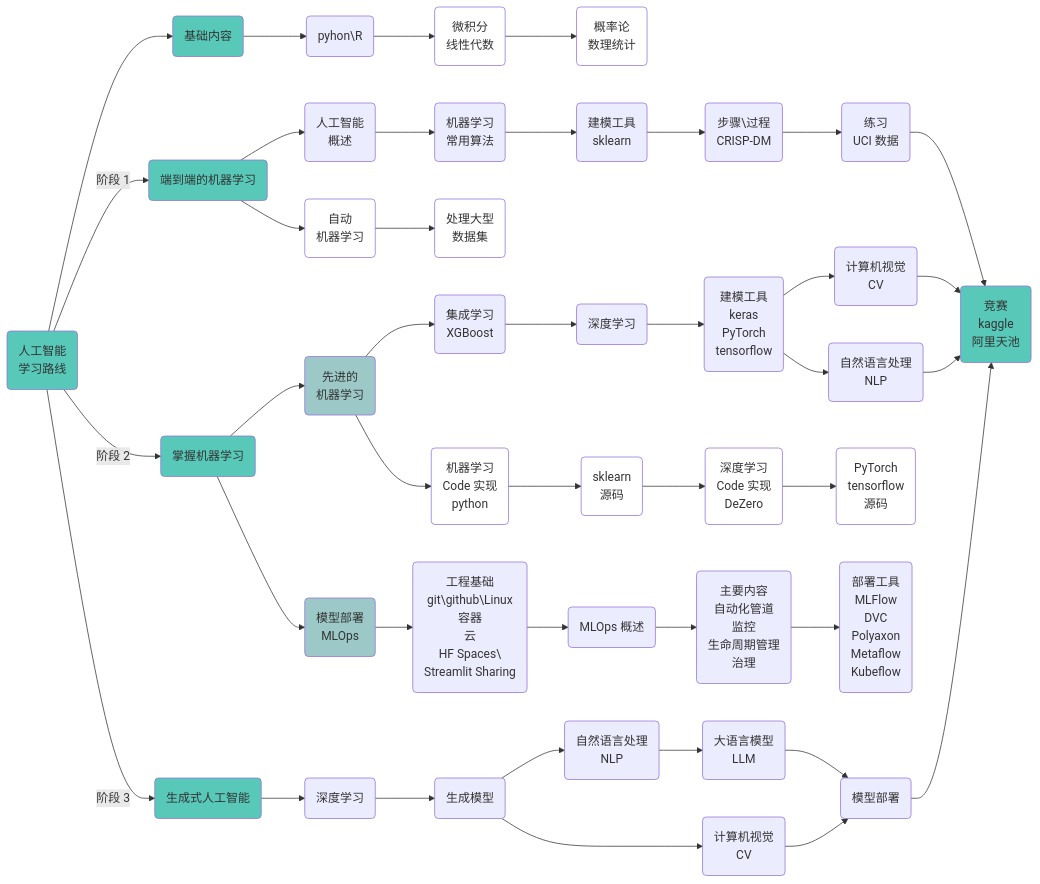
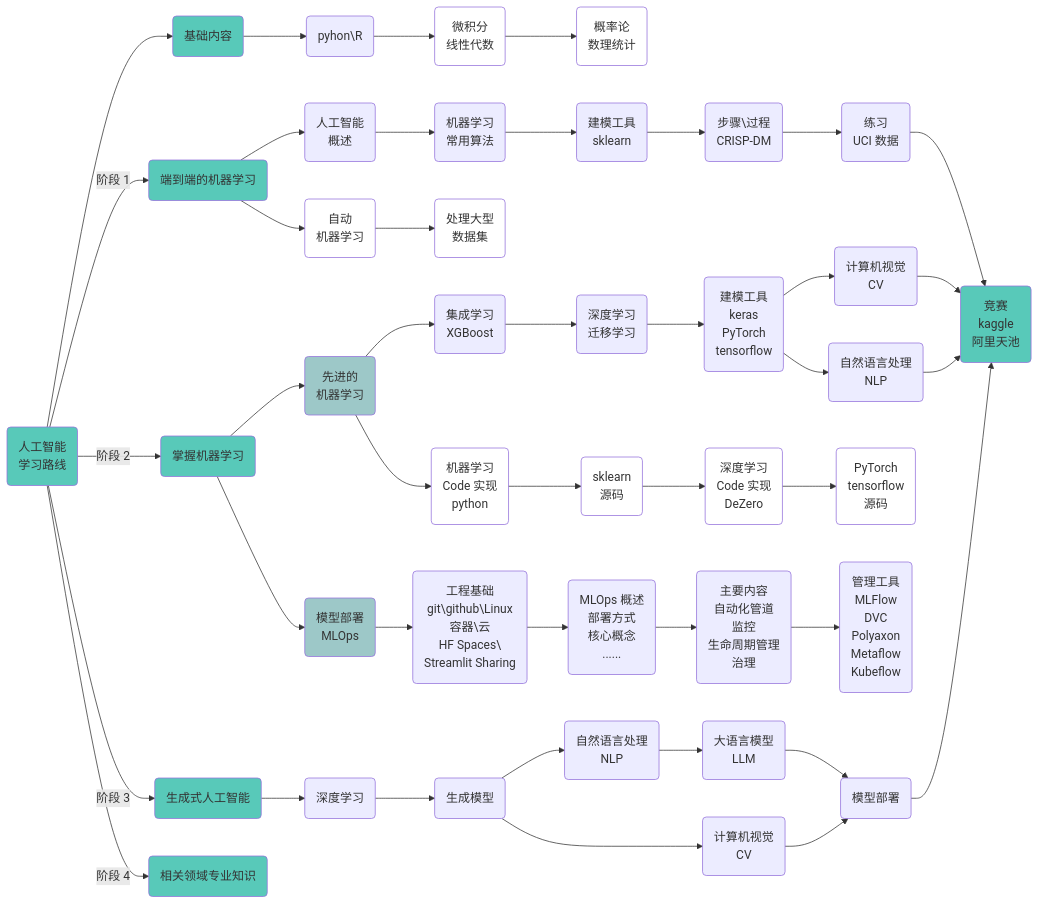
Before and after one commit to wenwangjain/wenwangjain.github.io: the first of 2 diagrams in content/docs/ai/_index.zh-cn.md, drawn with Mermaid. The commit also changed other lines of this file, not shown here.

````diff
--- a/content/docs/ai/_index.zh-cn.md
+++ b/content/docs/ai/_index.zh-cn.md
@@ -13,39 +13,40 @@
 ```mermaid
 flowchart LR
     A(人工智能<br>学习路线):::someclassA --> B(基础内容):::someclassA 
         classDef someclassA fill:#58C9B9
         classDef someclassB fill:#9DC8C8
         classDef someclassC fill:#f100
         classDef someclassD fill:#a3c9c7
     A -- 阶段 1 --> C(端到端的机器学习):::someclassA
     A -- 阶段 2 --> D(掌握机器学习):::someclassA
     A -- 阶段 3 --> E(生成式人工智能):::someclassA
+    A -- 阶段 4 --> F(相关领域专业知识):::someclassA
 
     B --> B1(pyhon\R) --> B2(微积分<br>线性代数):::someclassC --> B3(概率论<br>数理统计):::someclassC 
 
     C --> C1(人工智能<br>概述) --> C2(机器学习<br>常用算法) --> C3(建模工具<br>sklearn) --> C4(步骤\过程<br>CRISP-DM) --> C5(练习<br>UCI 数据) 
           C5 --> Z
     C --> C11(自动<br>机器学习):::someclassC  --> C12(处理大型<br>数据集):::someclassC
 
     D --> D1(先进的<br>机器学习):::someclassB
-          D1 --> D11(集成学习<br>XGBoost) --> D111(深度学习) --> D112(建模工具<br>keras<br>PyTorch<br>tensorflow)
+          D1 --> D11(集成学习<br>XGBoost) --> D111(深度学习<br>迁移学习) --> D112(建模工具<br>keras<br>PyTorch<br>tensorflow)
                  D112 --> D1121(计算机视觉<br>CV)
                  D112 --> D1122(自然语言处理<br>NLP)
                  D1121 --> Z
                  D1122 --> Z
           D1 --> D12(机器学习<br>Code 实现<br>python):::someclassC --> D121(sklearn<br>源码):::someclassC --> D122(深度学习<br>Code 实现<br>DeZero):::someclassC --> D123(PyTorch<br>tensorflow<br>源码):::someclassC
 
     D --> D2(模型部署<br>MLOps):::someclassB
-          D2 --> D211(工程基础<br>git\github\Linux<br>容器<br>云<br>HF Spaces\<br>Streamlit Sharing) --> D212(MLOps 概述) --> D213(主要内容<br>自动化管道<br>监控<br>生命周期管理<br>治理) --> D214(部署工具<br>MLFlow<br>DVC<br>Polyaxon<br>Metaflow<br>Kubeflow) 
+          D2 --> D211(工程基础<br>git\github\Linux<br>容器\云<br>HF Spaces\<br>Streamlit Sharing) --> D212(MLOps 概述<br>部署方式<br>核心概念<br>......) --> D213(主要内容<br>自动化管道<br>监控<br>生命周期管理<br>治理) --> D214(管理工具<br>MLFlow<br>DVC<br>Polyaxon<br>Metaflow<br>Kubeflow) 
 
     E --> E10(深度学习) --> E1(生成模型)
           E1 --> E11(自然语言处理<br>NLP) --> E111(大语言模型<br>LLM)
                  E111 --> E2
           E1 --> E12(计算机视觉<br>CV)
                  E12 --> E2
          
           E2(模型部署) --> Z
-
+  
 
     Z(竞赛<br>kaggle<br>阿里天池):::someclassA
 ```
````
